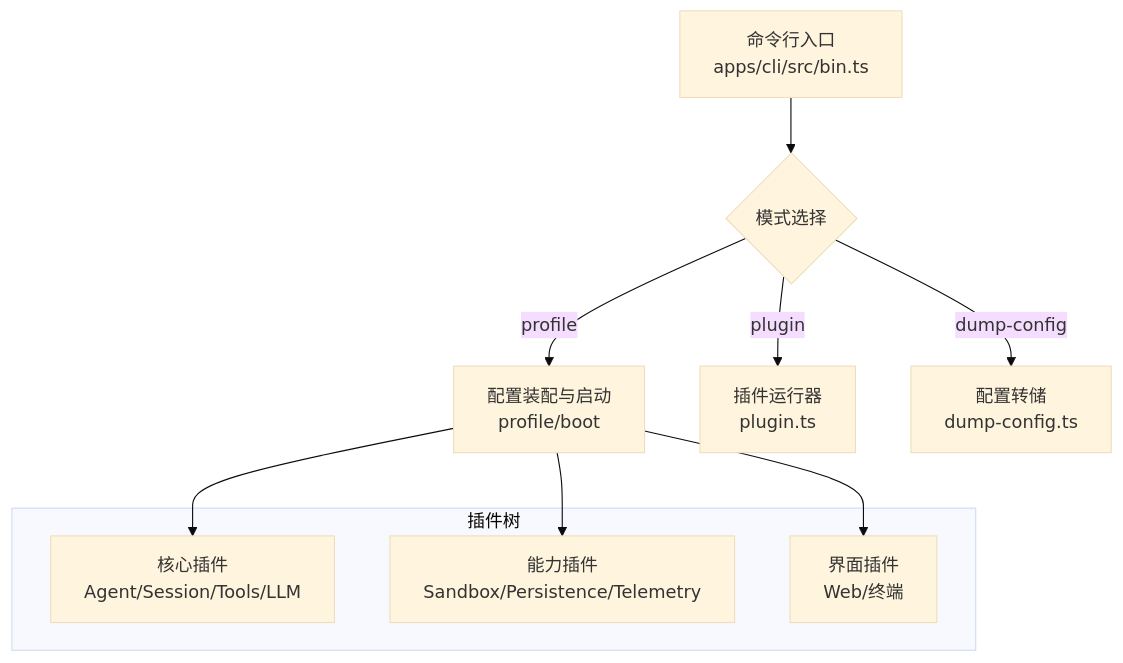
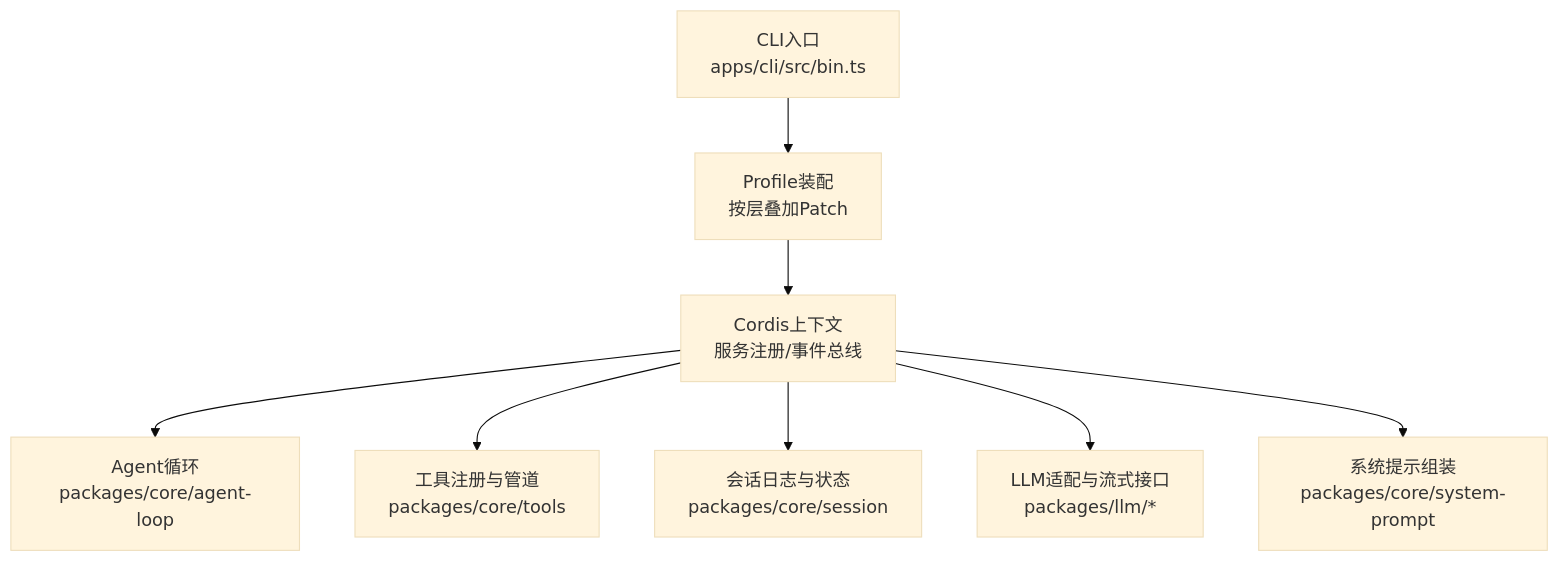
Before and after one commit to frendyxzc/deepseek-harness: the first of 8 diagrams in .qoder/repowiki/zh/content/架构设计/架构设计.md, drawn with Mermaid (base theme). The commit also changed other lines of this file and 448 other files, not shown here.

````diff
--- a/.qoder/repowiki/zh/content/架构设计/架构设计.md
+++ b/.qoder/repowiki/zh/content/架构设计/架构设计.md
@@ -42,15 +40,10 @@
 ```mermaid
 graph TB
-CLI["命令行入口<br/>apps/cli/src/bin.ts"] --> Mode{"模式选择"}
-Mode --> |profile| Boot["配置装配与启动<br/>profile/boot"]
-Mode --> |plugin| Plugin["插件运行器<br/>plugin.ts"]
-Mode --> |dump-config| Dump["配置转储<br/>dump-config.ts"]
-subgraph "插件树"
-Core["核心插件<br/>Agent/Session/Tools/LLM"]
-Cap["能力插件<br/>Sandbox/Persistence/Telemetry"]
-UI["界面插件<br/>Web/终端"]
-end
-Boot --> Core
-Boot --> Cap
-Boot --> UI
+CLI["CLI入口<br/>apps/cli/src/bin.ts"] --> Profile["Profile装配<br/>按层叠加Patch"]
+Profile --> Cordis["Cordis上下文<br/>服务注册/事件总线"]
+Cordis --> AgentLoop["Agent循环<br/>packages/core/agent-loop"]
+Cordis --> Tools["工具注册与管道<br/>packages/core/tools"]
+Cordis --> Session["会话日志与状态<br/>packages/core/session"]
+Cordis --> LLM["LLM适配与流式接口<br/>packages/llm/*"]
+Cordis --> SystemPrompt["系统提示组装<br/>packages/core/system-prompt"]
 ```
````
